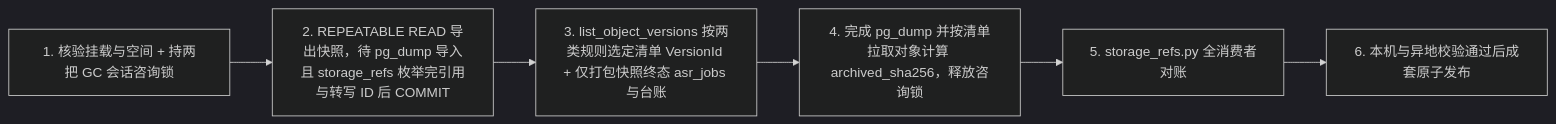
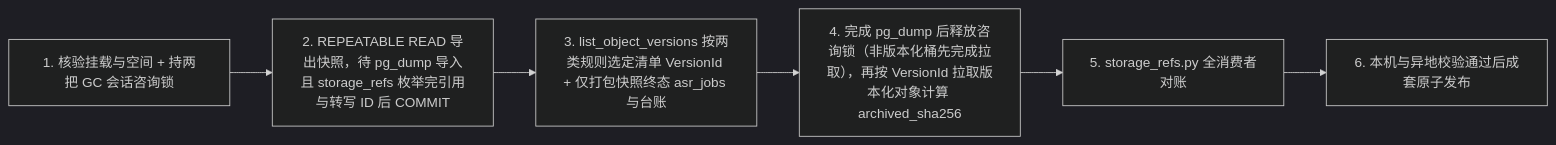
One commit to everflowinv/dalton-langalpha changed the diagram in docs/dalton/features/workspace-file-storage.md. Above: the diagram before and after it, drawn with Mermaid (dark theme). The commit also changed other lines of this file and 15 other files, not shown here.

````diff
--- a/docs/dalton/features/workspace-file-storage.md
+++ b/docs/dalton/features/workspace-file-storage.md
@@ -163,8 +163,8 @@
 ```mermaid
 flowchart LR
     LOCK["1. 核验挂载与空间 + 持两把 GC 会话咨询锁"] --> SNAP["2. REPEATABLE READ 导出快照，待 pg_dump 导入且 storage_refs 枚举完引用与转写 ID 后 COMMIT"]
     SNAP --> LIST["3. list_object_versions 按两类规则选定清单 VersionId + 仅打包快照终态 asr_jobs 与台账"]
-    LIST --> FETCH["4. 完成 pg_dump 并按清单拉取对象计算 archived_sha256，释放咨询锁"]
+    LIST --> FETCH["4. 完成 pg_dump 后释放咨询锁（非版本化桶先完成拉取），再按 VersionId 拉取版本化对象计算 archived_sha256"]
     FETCH --> VERIFY["5. storage_refs.py 全消费者对账"]
     VERIFY --> PUB["6. 本机与异地校验通过后成套原子发布"]
 ```
````
